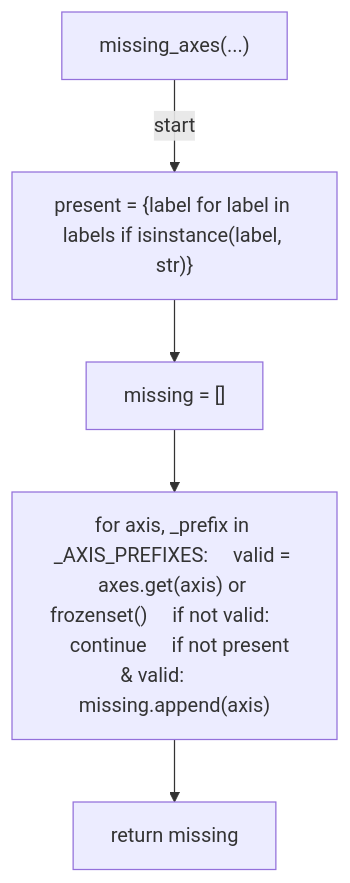
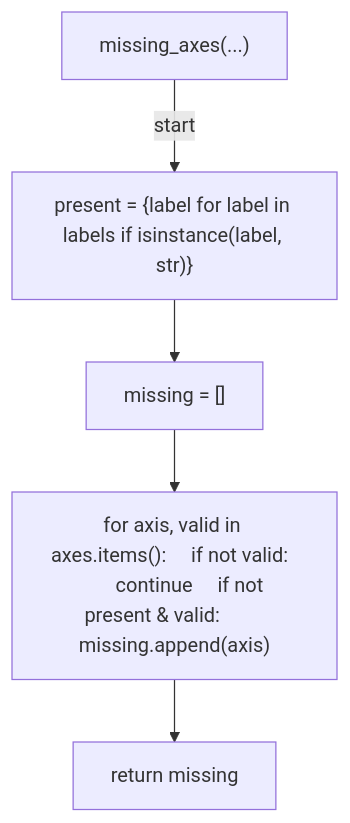
The third of 6 diagrams in docs/generated/scripts/ast/gate_issue_classification_labels.md (tvna/claude-md), drawn with Mermaid before and after one commit. The commit also changed other lines of this file and 3 other files, not shown here.

First line of the commit message:
docs(generated): regenerate decision tree and workflow diagrams

````diff
--- a/docs/generated/scripts/ast/gate_issue_classification_labels.md
+++ b/docs/generated/scripts/ast/gate_issue_classification_labels.md
@@ -28,12 +37,12 @@
 ```mermaid
 flowchart TD
     N001["missing_axes(...)"]
     N002["present = {label for label in labels if isinstance(label, str)}"]
     N003["missing = []"]
-    N004["for axis, _prefix in _AXIS_PREFIXES:     valid = axes.get(axis) or frozenset()     if not valid:         continue     if not present & valid:         missing.append(axis)"]
+    N004["for axis, valid in axes.items():     if not valid:         continue     if not present & valid:         missing.append(axis)"]
     N005["return missing"]
     N001 -->|"start"| N002
     N002 --> N003
     N003 --> N004
     N004 --> N005
 ```
````
